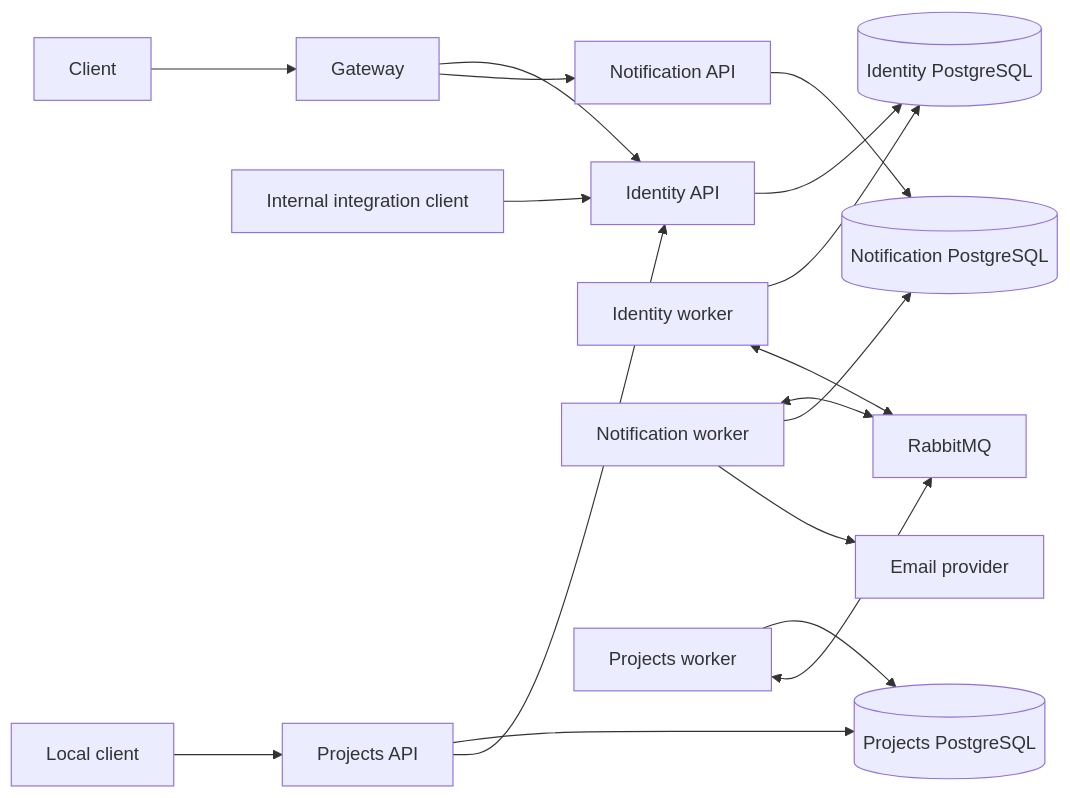
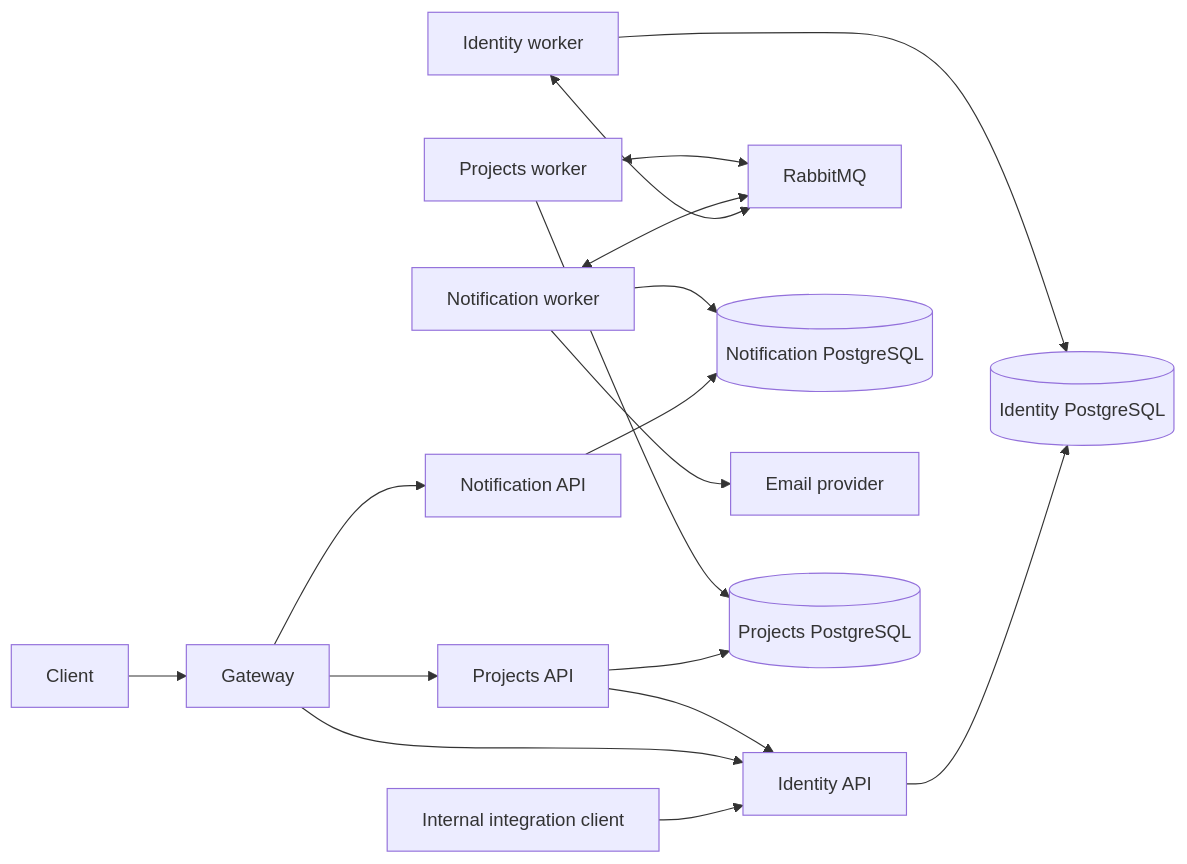
One commit to SonHuy160293/DeliveryPilot changed the diagram in ARCHITECTURE.md. Above: the diagram before and after it, drawn with Mermaid. The commit also changed other lines of this file and 8 other files, not shown here.

Commit message:
feat(gateway): publish engagement API routes (TASK-DP-025-013)

````diff
--- a/ARCHITECTURE.md
+++ b/ARCHITECTURE.md
@@ -11,19 +11,19 @@
 ```mermaid
 flowchart LR
     Client --> Gateway
     InternalClient[Internal integration client] --> IdentityAPI[Identity API]
     Gateway --> IdentityAPI
     Gateway --> NotificationAPI[Notification API]
     IdentityAPI --> IdentityDB[(Identity PostgreSQL)]
     IdentityWorker[Identity worker] --> IdentityDB
     IdentityWorker <--> Broker[RabbitMQ]
     NotificationWorker[Notification worker] <--> Broker
     NotificationAPI --> NotificationDB[(Notification PostgreSQL)]
     NotificationWorker --> NotificationDB
     NotificationWorker --> Provider[Email provider]
-    LocalClient[Local client] --> ProjectsAPI[Projects API]
+    Gateway --> ProjectsAPI[Projects API]
     ProjectsAPI --> ProjectsDB[(Projects PostgreSQL)]
     ProjectsAPI --> IdentityAPI
     ProjectsWorker[Projects worker] --> ProjectsDB
     ProjectsWorker <--> Broker
 ```
````
